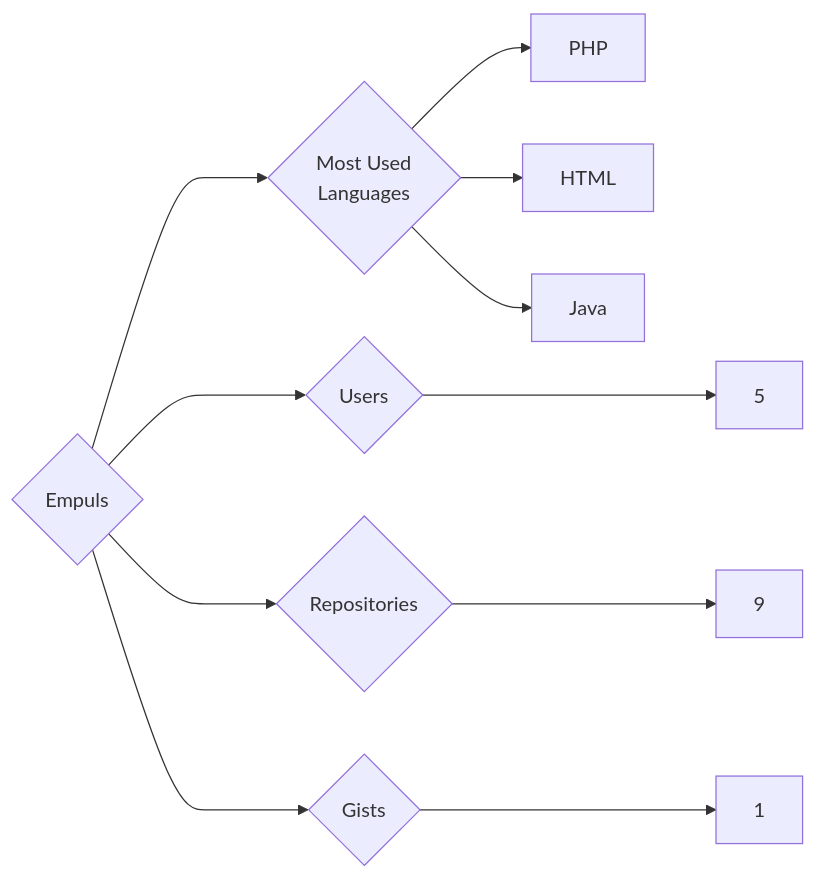
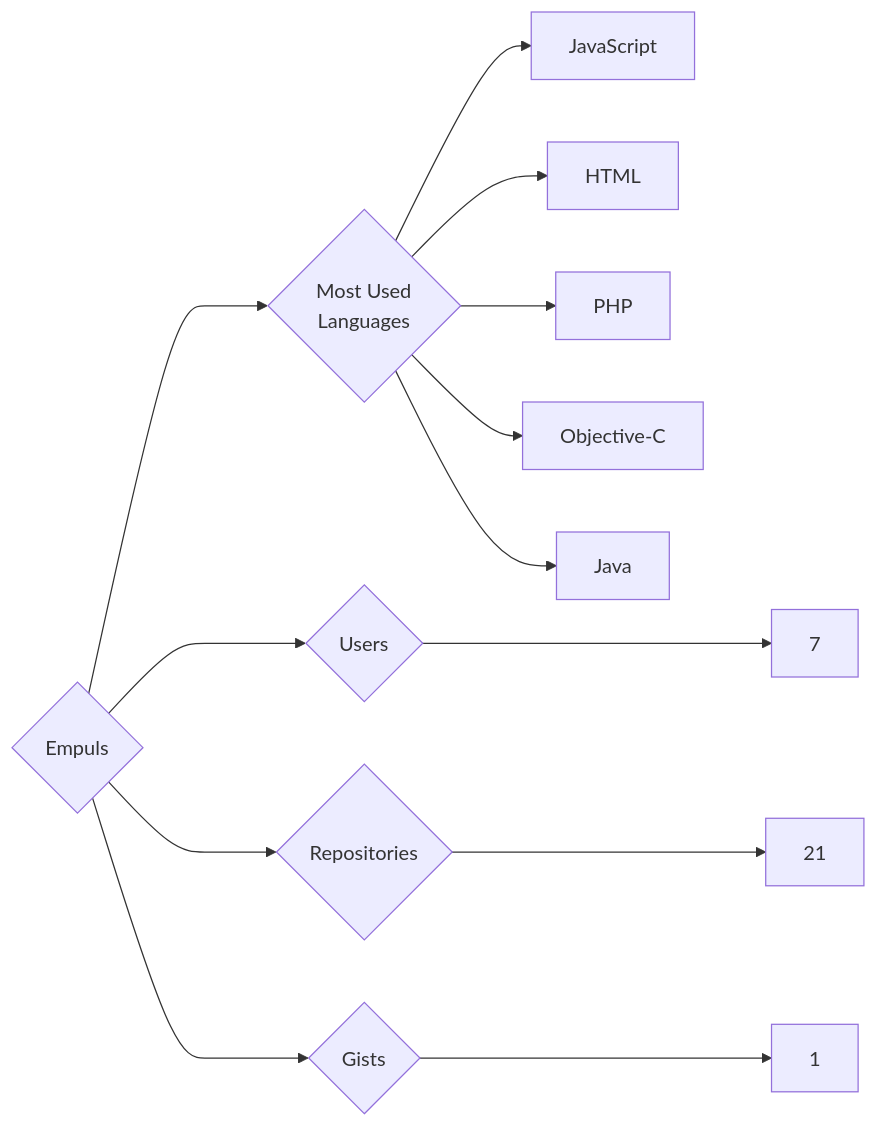
The diagram in targets/Empuls/README.md (trickest/insiders), drawn with Mermaid before and after one commit. The commit also changed 1120 other files, not shown here.

````diff
--- a/targets/Empuls/README.md
+++ b/targets/Empuls/README.md
@@ -3,11 +3,13 @@
 ```mermaid
 graph LR
 COMPANY_NAME{Empuls}
-COMPANY_NAME ---> U{Users} ---> UN[5]
-COMPANY_NAME ---> R{Repositories} ---> RN[9]
+COMPANY_NAME ---> U{Users} ---> UN[7]
+COMPANY_NAME ---> R{Repositories} ---> RN[21]
 COMPANY_NAME ---> G{Gists} ---> GN[1]
 COMPANY_NAME ---> ML{Most Used<br>Languages}
+ML --> JavaScript[JavaScript]
+ML --> HTML[HTML]
 ML --> PHP[PHP]
-ML --> HTML[HTML]
+ML --> Objective-C[Objective-C]
 ML --> Java[Java]
 ```
````
